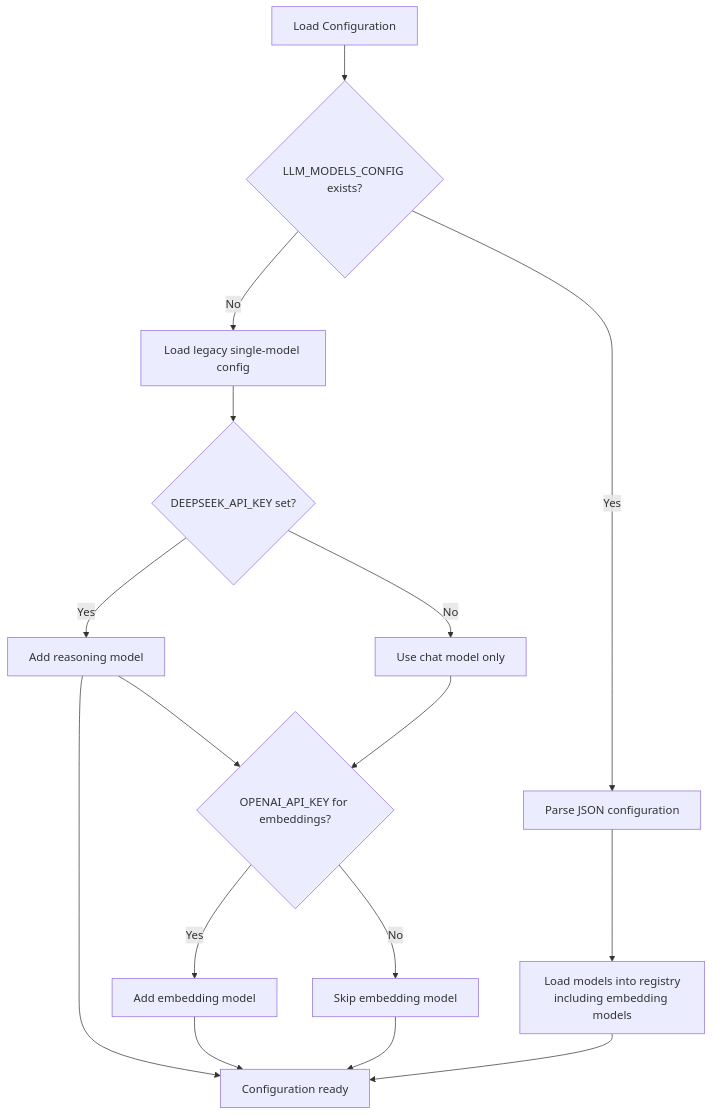
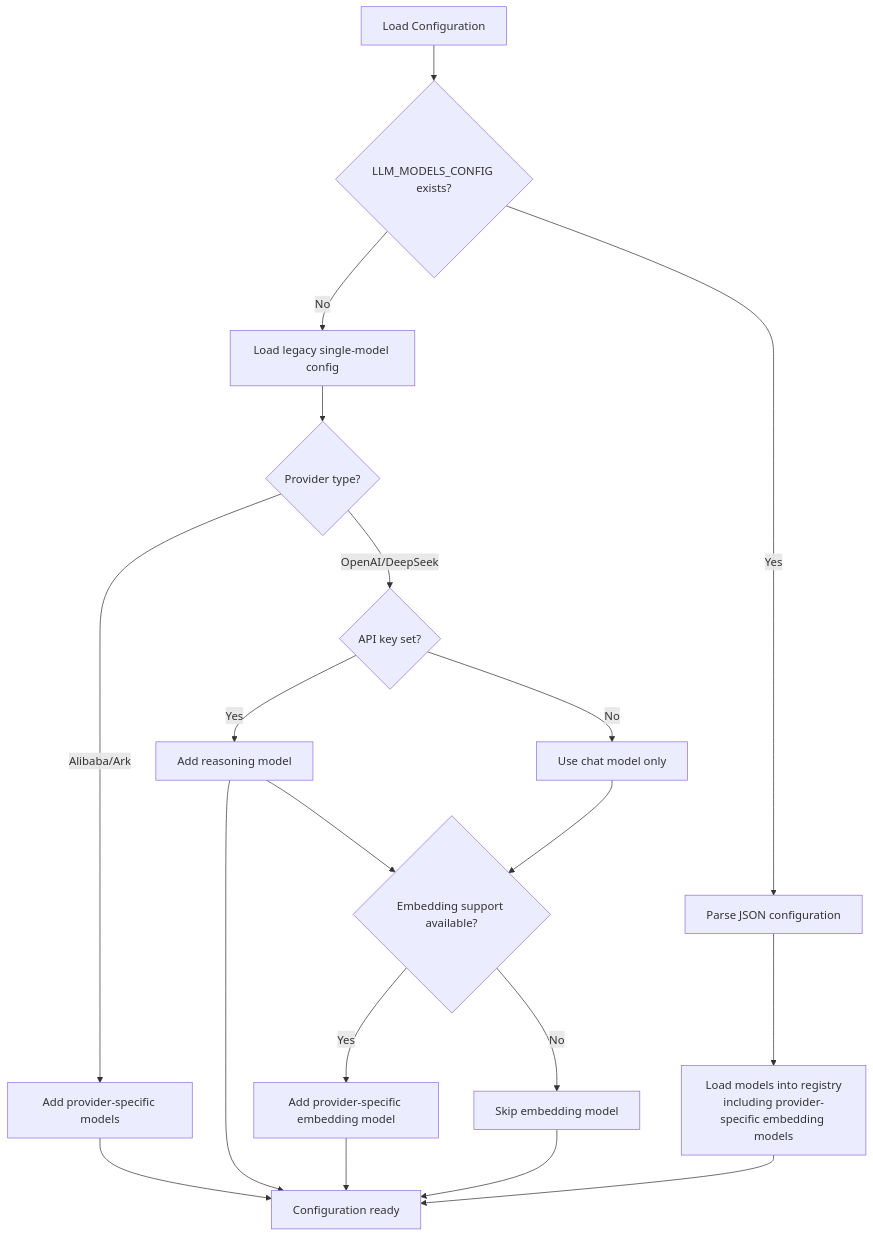
Before and after one commit to liwonder/NARRITIVE_OS: the fifth of 8 diagrams in .qoder/repowiki/en/content/LLM Integration and Configuration.md, drawn with Mermaid. The commit also changed other lines of this file and 4 other files, not shown here.

Commit message:
wiki and full flow test case

````diff
--- a/.qoder/repowiki/en/content/LLM Integration and Configuration.md
+++ b/.qoder/repowiki/en/content/LLM Integration and Configuration.md
@@ -337,18 +346,21 @@
 ```mermaid
 flowchart TD
 Start["Load Configuration"] --> CheckEnv{"LLM_MODELS_CONFIG exists?"}
 CheckEnv --> |Yes| ParseJSON["Parse JSON configuration"]
-ParseJSON --> LoadModels["Load models into registry<br/>including embedding models"]
+ParseJSON --> LoadModels["Load models into registry<br/>including provider-specific embedding models"]
 CheckEnv --> |No| LoadLegacy["Load legacy single-model config"]
-LoadLegacy --> CheckReasoning{"DEEPSEEK_API_KEY set?"}
+LoadLegacy --> CheckProvider{"Provider type?"}
+CheckProvider --> |OpenAI/DeepSeek| CheckReasoning{"API key set?"}
+CheckProvider --> |Alibaba/Ark| AddProviderModels["Add provider-specific models"]
 CheckReasoning --> |Yes| AddReasoning["Add reasoning model"]
 CheckReasoning --> |No| UseChatOnly["Use chat model only"]
-AddReasoning --> CheckEmbedding{"OPENAI_API_KEY for embeddings?"}
-CheckEmbedding --> |Yes| AddEmbedding["Add embedding model"]
+AddReasoning --> CheckEmbedding{"Embedding support available?"}
+CheckEmbedding --> |Yes| AddEmbedding["Add provider-specific embedding model"]
 CheckEmbedding --> |No| SkipEmbedding["Skip embedding model"]
-AddReasoning --> Complete["Configuration ready"]
+AddProviderModels --> Complete["Configuration ready"]
+AddReasoning --> Complete
 UseChatOnly --> CheckEmbedding
 AddEmbedding --> Complete
 SkipEmbedding --> Complete
 LoadModels --> Complete
 ```
````
